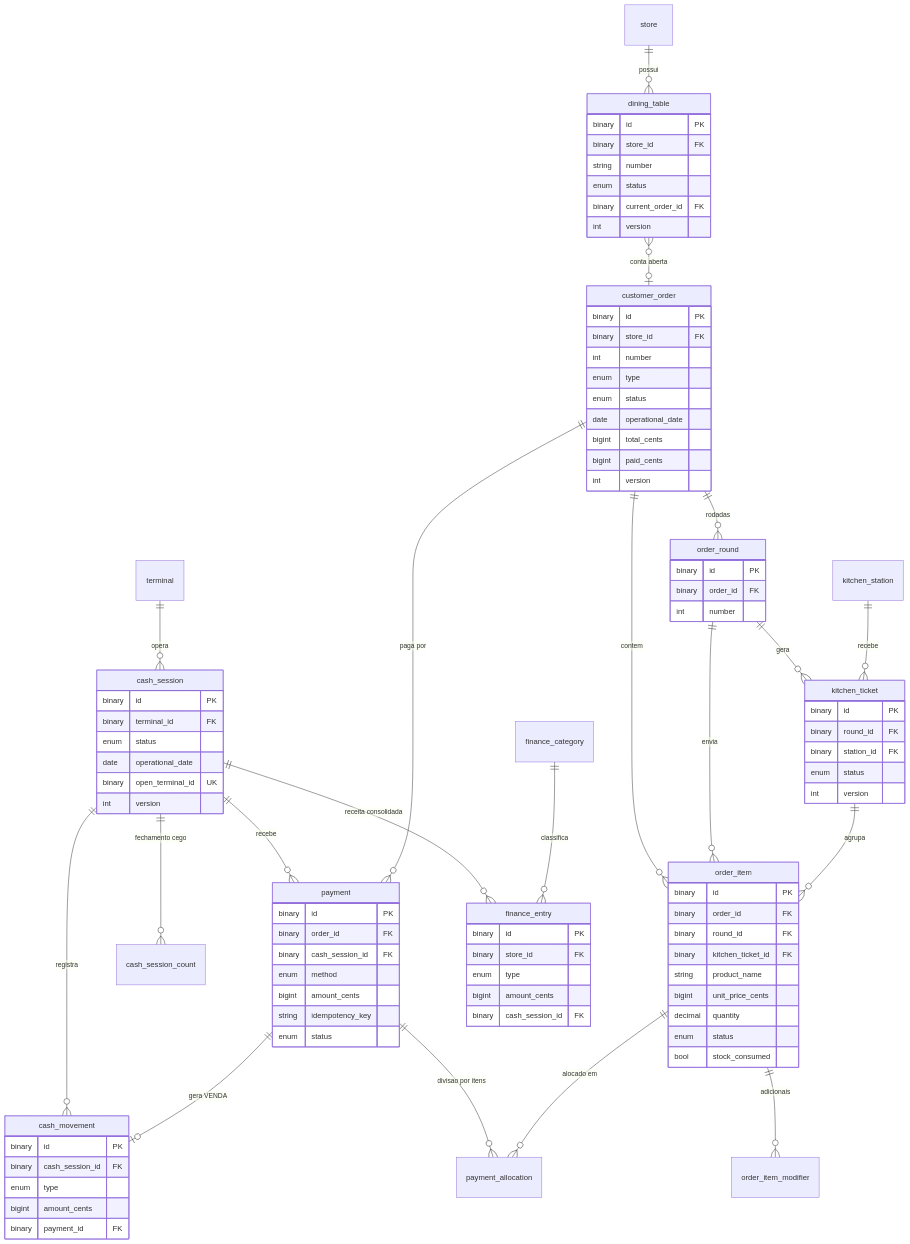
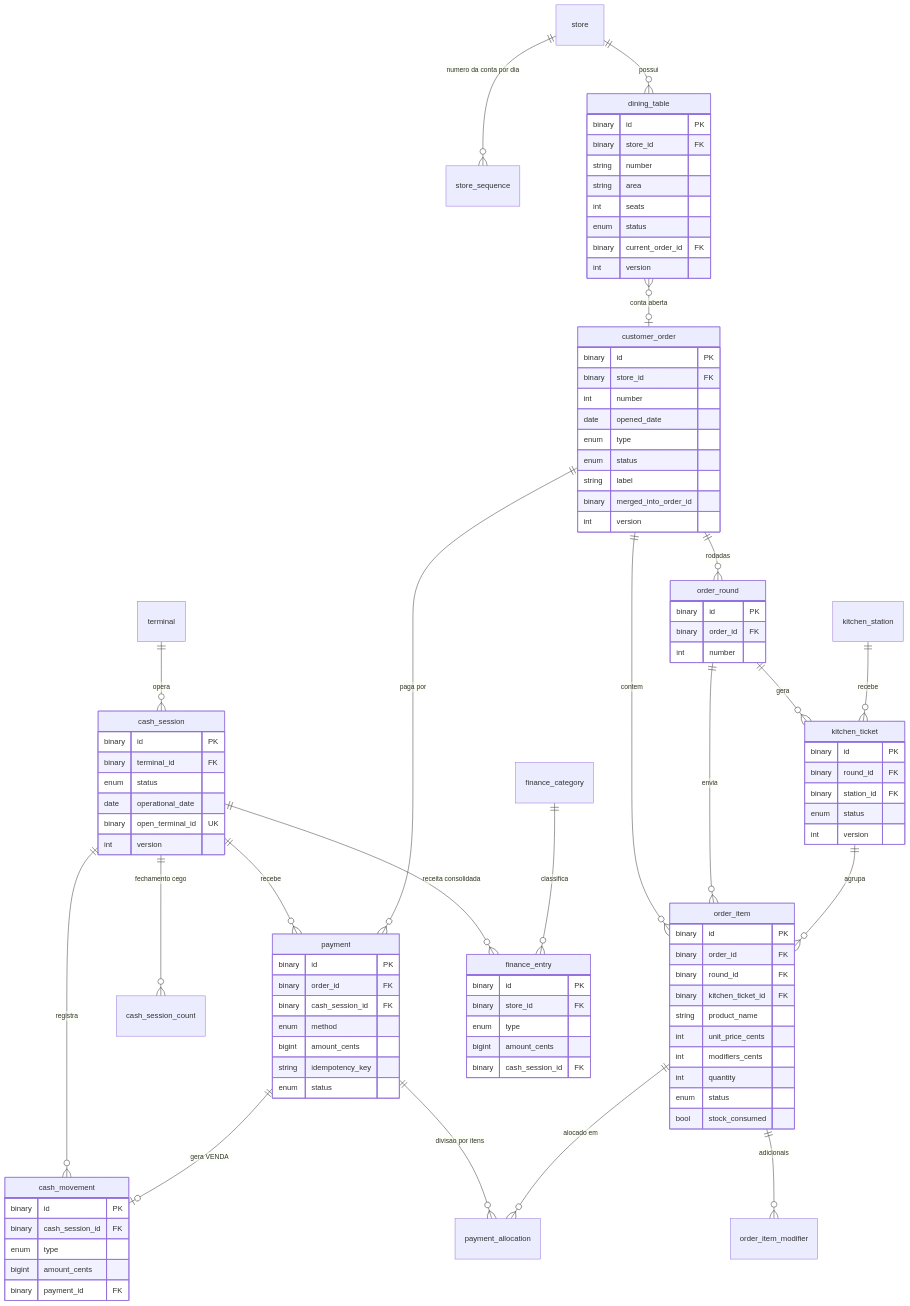
Before and after one commit to marlonerick/erp-mesa-restaurante: the third of 3 diagrams in maps/database/erd.md, drawn with Mermaid. The commit also changed 83 other files, not shown here.

````diff
--- a/maps/database/erd.md
+++ b/maps/database/erd.md
@@ -239,5 +239,6 @@
 ```mermaid
 erDiagram
+  store ||--o{ store_sequence : "numero da conta por dia"
   store ||--o{ dining_table : possui
   dining_table }o--o| customer_order : "conta aberta"
   customer_order ||--o{ order_round : "rodadas"
@@ -262,6 +263,8 @@
     binary id PK
     binary store_id FK
     string number
+    string area
+    int seats
     enum status
     binary current_order_id FK
     int version
@@ -270,11 +273,11 @@
     binary id PK
     binary store_id FK
     int number
+    date opened_date
     enum type
     enum status
-    date operational_date
-    bigint total_cents
-    bigint paid_cents
+    string label
+    binary merged_into_order_id
     int version
   }
   order_round {
@@ -288,8 +291,9 @@
     binary round_id FK
     binary kitchen_ticket_id FK
     string product_name
-    bigint unit_price_cents
-    decimal quantity
+    int unit_price_cents
+    int modifiers_cents
+    int quantity
     enum status
     bool stock_consumed
   }
````
